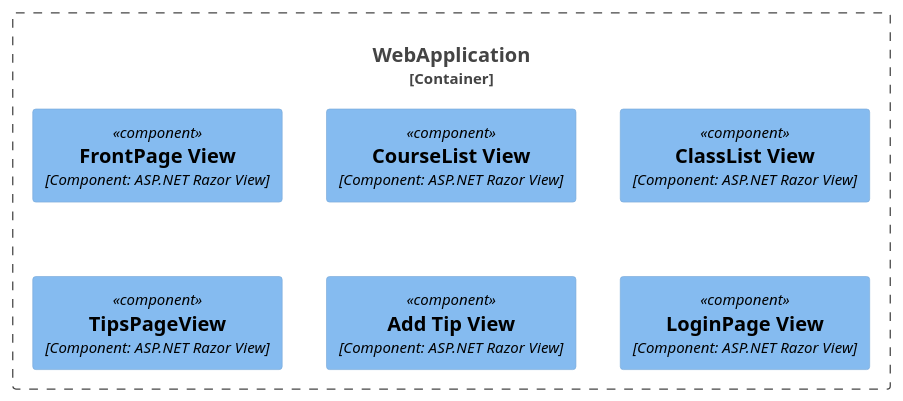
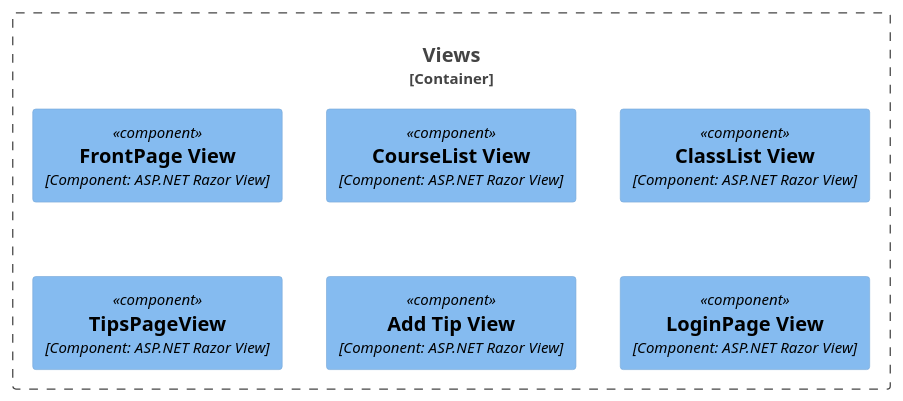
Before and after one commit to I4PRJ4/I4PRJ4-plantuml: the diagram in L3webapp.puml, drawn with PlantUML. The commit also changed 3 other files, not shown here.

Commit message:
Updated Architecture

```diff
--- a/L3webapp.puml
+++ b/L3webapp.puml
@@ -1,23 +1,23 @@
 @startuml
 !include <C4/C4_Container>
 !include <C4/C4_Component>
 
 'Person(User, "Studerende")
 'Person(Moderator, "Moderator")
 
-Container_Boundary(webapp,"WebApplication",""){
+Container_Boundary(Views,"Views",""){
     Component(View1, "FrontPage View", "Component: ASP.NET Razor View")
     Component(View2, "CourseList View", "Component: ASP.NET Razor View")
     Component(View3, "ClassList View", "Component: ASP.NET Razor View")
     Component(View4, "TipsPageView", "Component: ASP.NET Razor View")
     Component(View5, "Add Tip View", "Component: ASP.NET Razor View")
     Component(View6, "LoginPage View", "Component: ASP.NET Razor View")
     
     
 } 
 'Container(Backend, "Backend","Container: MS SQL Server","Stores Tips and User information")
 
 'Rel(User, webapp, "Access")
 'Rel(Moderator, webapp, "Access")
 'Rel(webapp, Backend,"Reads from and writes to")
 @enduml
```
